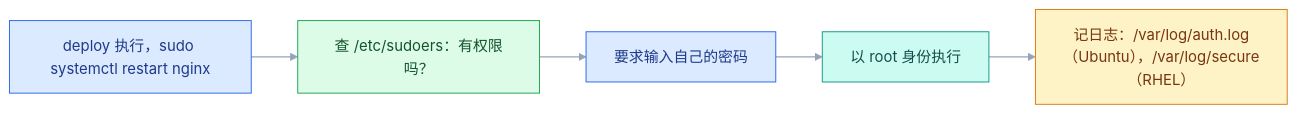
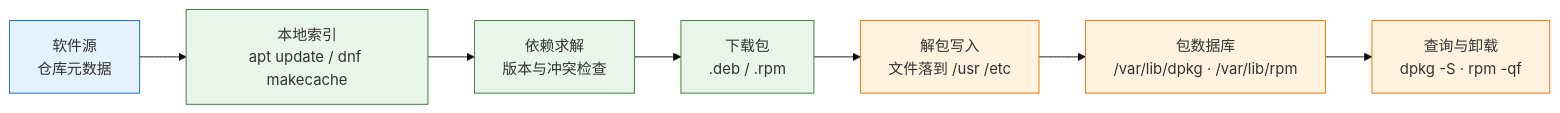
Before and after one commit to jimbosuper/studynotes: the third of 4 diagrams in blog/src/notes/07-运维/01-Linux系统/01-CentOS与Ubuntu系统.md, drawn with Mermaid (base theme). The commit also changed other lines of this file and 367 other files, not shown here.

````diff
--- a/blog/src/notes/07-运维/01-Linux系统/01-CentOS与Ubuntu系统.md
+++ b/blog/src/notes/07-运维/01-Linux系统/01-CentOS与Ubuntu系统.md
@@ -504,16 +311,15 @@
 ```mermaid
 flowchart LR
-    classDef client fill:#DBEAFE,stroke:#2563EB,color:#1E3A8A
-    classDef service fill:#DCFCE7,stroke:#16A34A,color:#14532D
-    classDef lowlevel fill:#CCFBF1,stroke:#0D9488,color:#134E4A
-    classDef data fill:#FEF3C7,stroke:#D97706,color:#78350F
-
-    A["deploy 执行，sudo systemctl restart nginx"]:::client
-    B["查 /etc/sudoers：有权限吗？"]:::service
-    C["要求输入自己的密码"]:::client
-    D["以 root 身份执行"]:::lowlevel
-    E["记日志：/var/log/auth.log（Ubuntu），/var/log/secure（RHEL）"]:::data
-
-    A --> B --> C --> D --> E
-    linkStyle default stroke:#94A3B8,stroke-width:1.5px
+    SRC["软件源<br/>仓库元数据"] --> IDX["本地索引<br/>apt update / dnf makecache"]
+    IDX --> RES["依赖求解<br/>版本与冲突检查"]
+    RES --> DL["下载包<br/>.deb / .rpm"]
+    DL --> INS["解包写入<br/>文件落到 /usr /etc"]
+    INS --> DB["包数据库<br/>/var/lib/dpkg · /var/lib/rpm"]
+    DB --> RM["查询与卸载<br/>dpkg -S · rpm -qf"]
+    classDef client fill:#e3f2fd,stroke:#1565c0;
+    classDef engine fill:#e8f5e9,stroke:#2e7d32;
+    classDef image fill:#fff3e0,stroke:#ef6c00;
+    class SRC client
+    class IDX,RES,DL engine
+    class INS,DB,RM image
 ```
````
